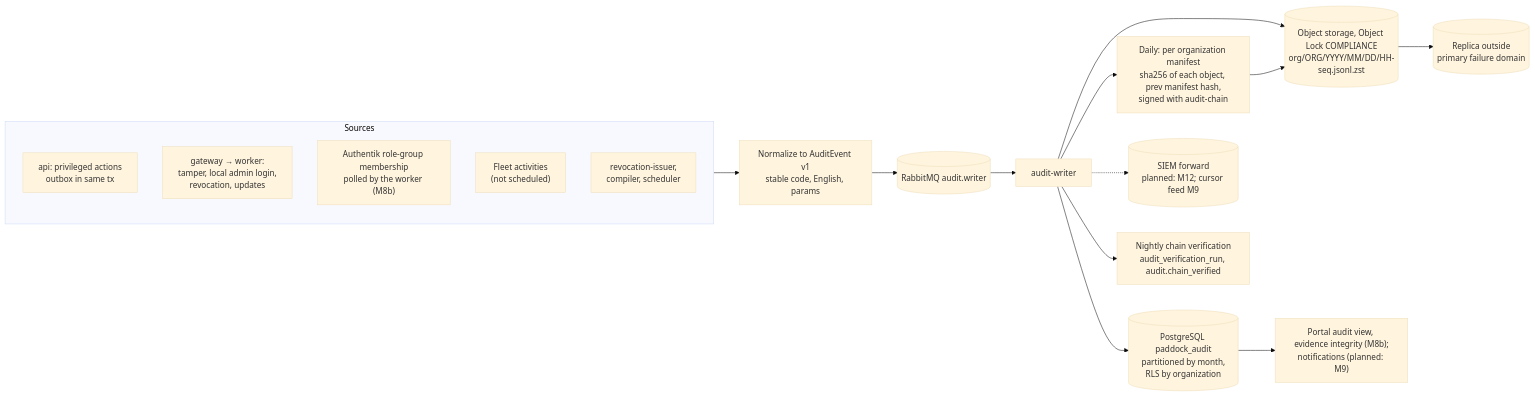
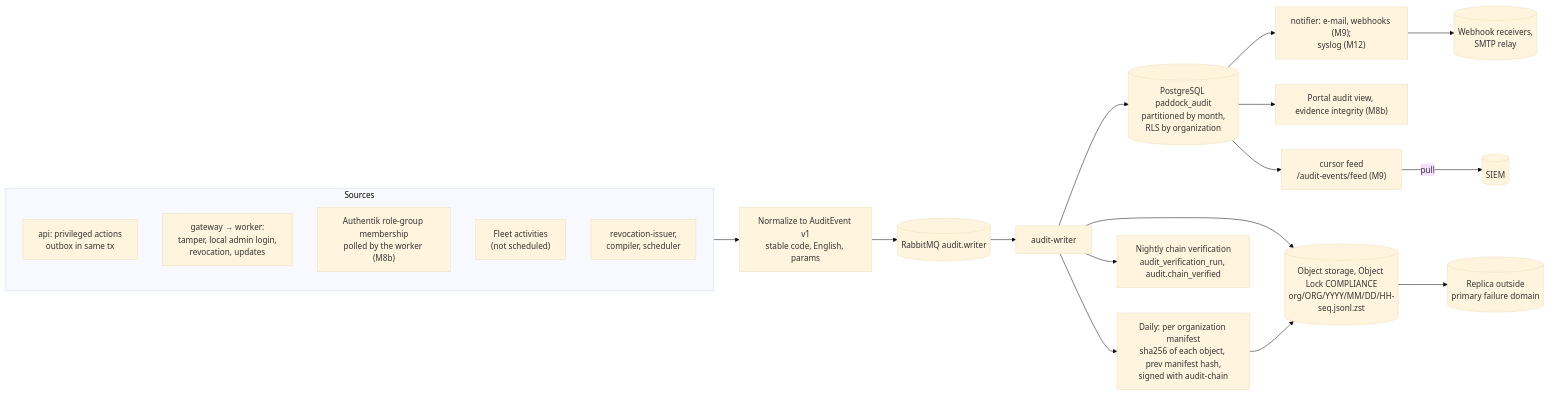
Diagram 18 of 19 in docs/architecture.md (phischl/paddock-mdm), drawn with Mermaid (base theme) before and after one commit. The commit also changed other lines of this file and 263 other files, not shown here.

First line of the commit message:
feat: getting started, findings, audit feed and notifications (M9, PDK-200) (#392)

````diff
--- a/docs/architecture.md
+++ b/docs/architecture.md
@@ -1681,21 +1689,24 @@
 ```mermaid
 flowchart LR
   subgraph sources[Sources]
     portal[api: privileged actions<br/>outbox in same tx]
     dev[gateway → worker:<br/>tamper, local admin login,<br/>revocation, updates]
     idp["Authentik role-group membership<br/>polled by the worker (M8b)"]
     fleet["Fleet activities<br/>(not scheduled)"]
     sys[revocation-issuer,<br/>compiler, scheduler]
   end
   sources --> norm[Normalize to AuditEvent v1<br/>stable code, English, params]
   norm --> js[(RabbitMQ audit.writer)]
   js --> aw[audit-writer]
   aw --> idx[(PostgreSQL paddock_audit<br/>partitioned by month,<br/>RLS by organization)]
   aw --> worm[(Object storage, Object Lock COMPLIANCE<br/>org/ORG/YYYY/MM/DD/HH-seq.jsonl.zst)]
   aw --> chain[Daily: per organization manifest<br/>sha256 of each object, prev manifest hash,<br/>signed with audit-chain]
   chain --> worm
   worm --> rep[(Replica outside<br/>primary failure domain)]
-  idx --> ui["Portal audit view, evidence integrity (M8b);<br/>notifications (planned: M9)"]
-  aw -.-> siem[("SIEM forward<br/>planned: M12; cursor feed M9")]
+  idx --> ui["Portal audit view, evidence integrity (M8b)"]
+  idx --> ntf["notifier: e-mail, webhooks (M9);<br/>syslog (M12)"]
+  idx --> feed["cursor feed<br/>/audit-events/feed (M9)"]
+  ntf --> recv[("Webhook receivers,<br/>SMTP relay")]
+  feed -->|pull| siem[("SIEM")]
   aw --> ver[Nightly chain verification<br/>audit_verification_run, audit.chain_verified]
 ```
````
